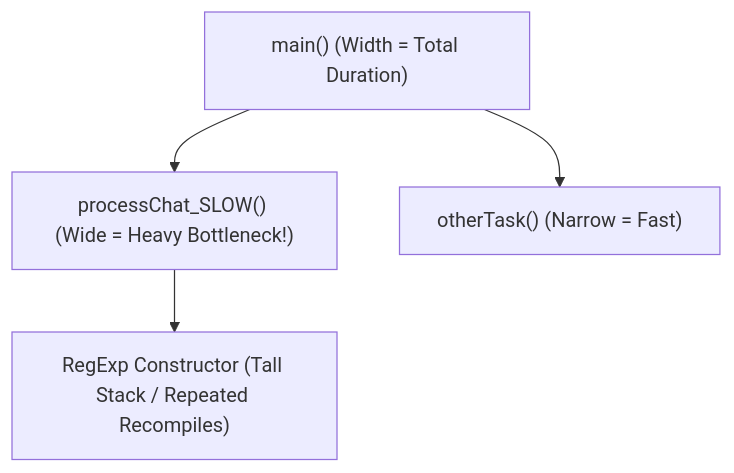
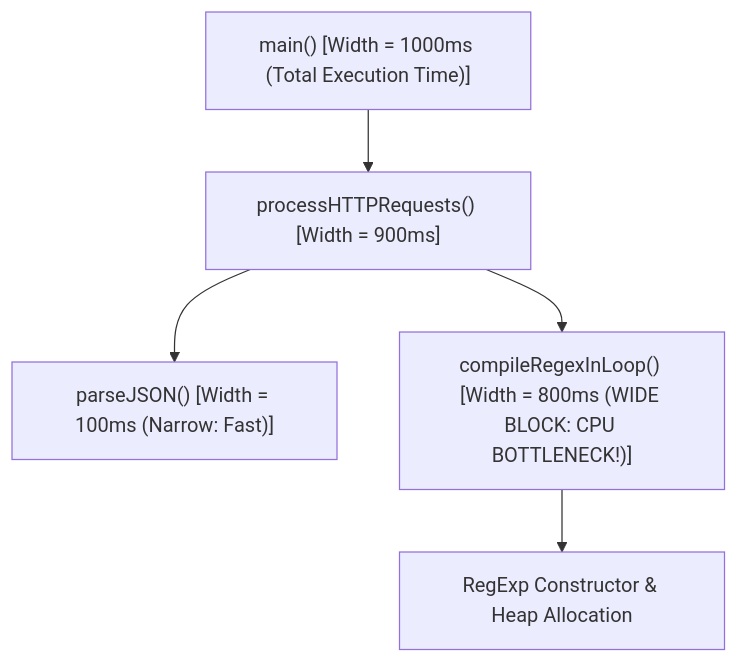
The second of 3 diagrams in js-internals/18-performance-profiling.md (Amie-dev/engineering-playbook), drawn with Mermaid before and after one commit. The commit also changed other lines of this file and 17 other files, not shown here.

````diff
--- a/js-internals/18-performance-profiling.md
+++ b/js-internals/18-performance-profiling.md
@@ -78,6 +91,9 @@
 ```mermaid
-graph TD
-    Root["main() (Width = Total Duration)"] --> Child1["processChat_SLOW() (Wide = Heavy Bottleneck!)"]
-    Child1 --> SubChild1["RegExp Constructor (Tall Stack / Repeated Recompiles)"]
-    Root --> Child2["otherTask() (Narrow = Fast)"]
+flowchart TD
+    Root["main() [Width = 1000ms (Total Execution Time)]"] --> Handler["processHTTPRequests() [Width = 900ms]"]
+    
+    Handler --> SubA["parseJSON() [Width = 100ms (Narrow: Fast)]"]
+    Handler --> SubB["compileRegexInLoop() [Width = 800ms (WIDE BLOCK: CPU BOTTLENECK!)]"]
+    
+    SubB --> DeoptNode["RegExp Constructor & Heap Allocation"]
 ```
````
